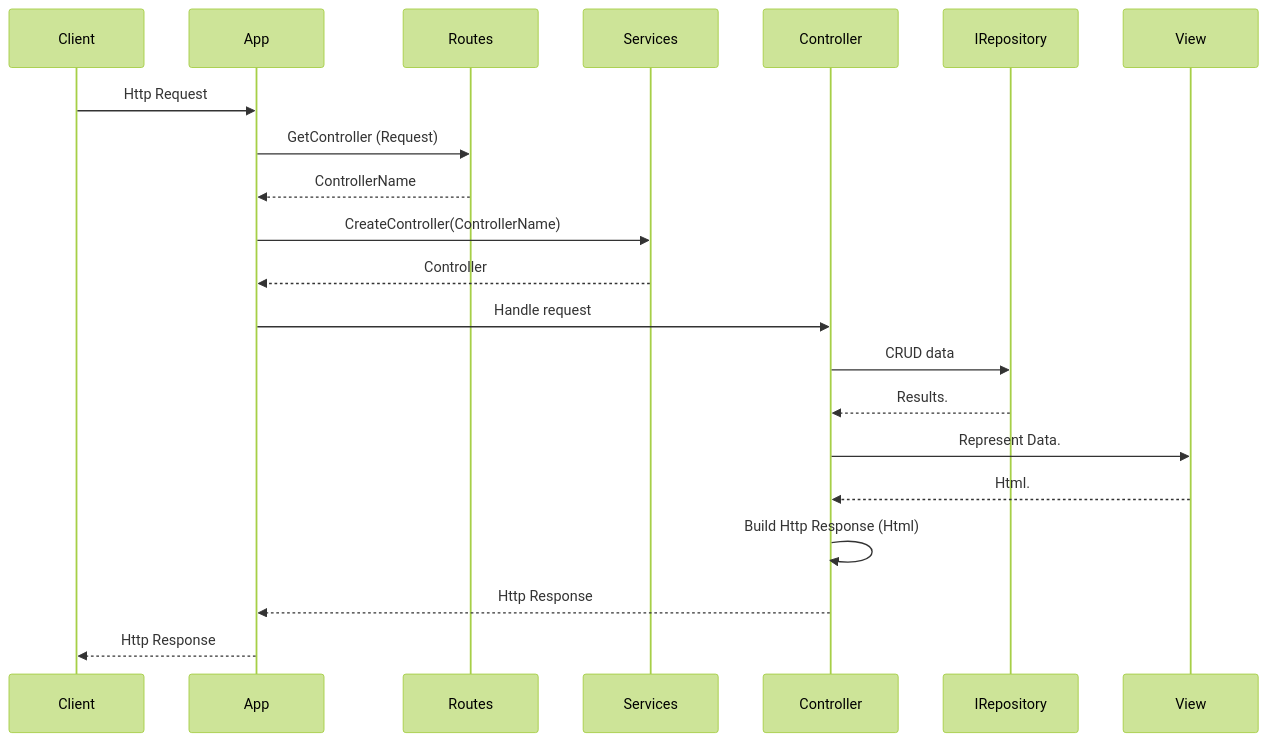
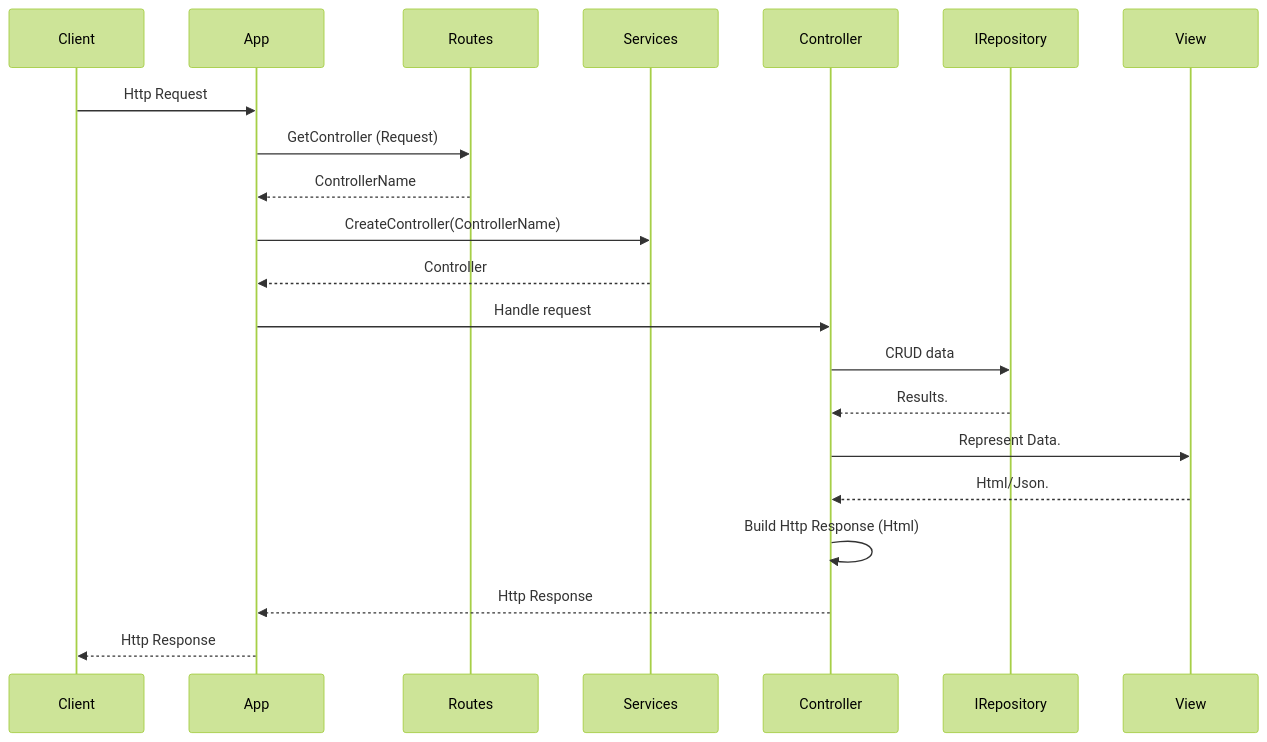
The second of 2 diagrams in README.md (J4VJ4R/merkatodo-esp-uniminuto), drawn with Mermaid (forest theme) before and after one commit. The commit also changed other lines of this file, not shown here.

````diff
--- a/README.md
+++ b/README.md
@@ -45,16 +29,16 @@
 ```mermaid
 sequenceDiagram
     Client ->> App: Http Request
     App ->> Routes: GetController (Request)
     Routes -->> App: ControllerName
     App ->> Services: CreateController(ControllerName)
     Services -->> App: Controller
     App ->> Controller: Handle request
     Controller ->> IRepository: CRUD data
     IRepository -->> Controller: Results.
     Controller ->> View: Represent Data.
-    View -->> Controller: Html.
+    View -->> Controller: Html/Json.
     Controller ->> Controller: Build Http Response (Html)
     Controller -->> App: Http Response
     App -->> Client:Http Response
 ```
````
